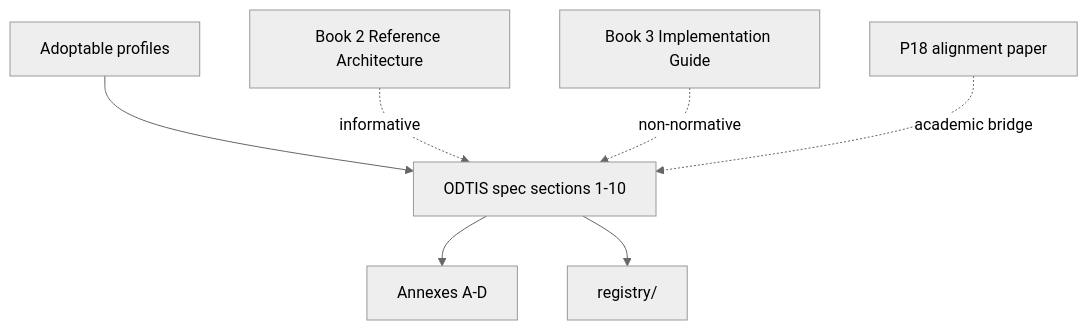
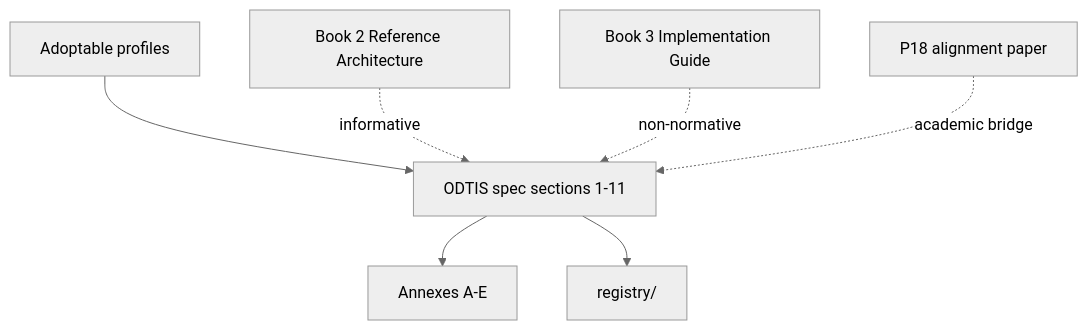
One commit to odtis/core-spec changed the diagram in ADOPTION.md. Above: the diagram before and after it, drawn with Mermaid (neutral theme). The commit also changed other lines of this file and 140 other files, not shown here.

````diff
--- a/ADOPTION.md
+++ b/ADOPTION.md
@@ -44,17 +44,17 @@
 ```mermaid
 flowchart TB
- ODTIS[ODTIS spec sections 1-10]
- ANN[Annexes A-D]
+ ODTIS[ODTIS spec sections 1-11]
+ ANN[Annexes A-E]
  REG[registry/]
  PROF[Adoptable profiles]
  B2[Book 2 Reference Architecture]
  B3[Book 3 Implementation Guide]
  P18[P18 alignment paper]
 
  ODTIS --> ANN
  ODTIS --> REG
  PROF --> ODTIS
  B2 -. informative .-> ODTIS
  B3 -. non-normative .-> ODTIS
  P18 -. academic bridge .-> ODTIS
 ```
````
